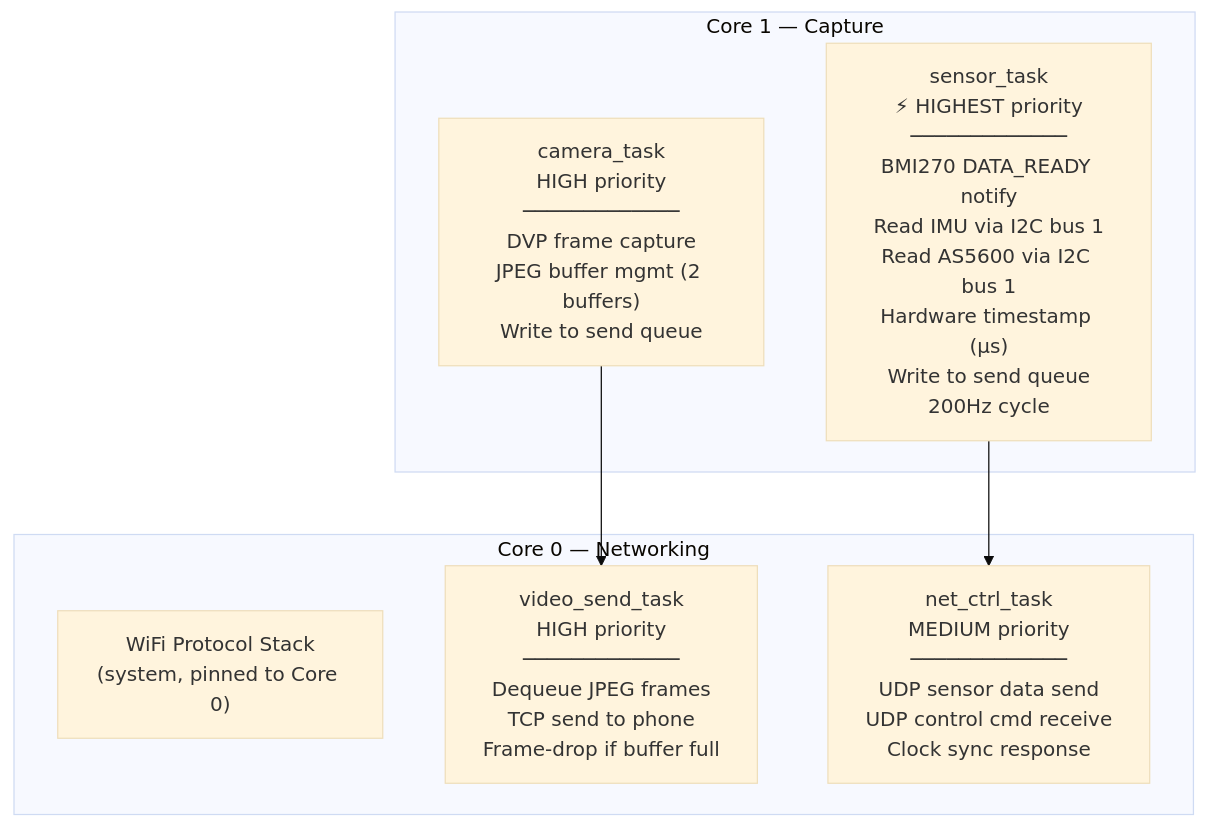
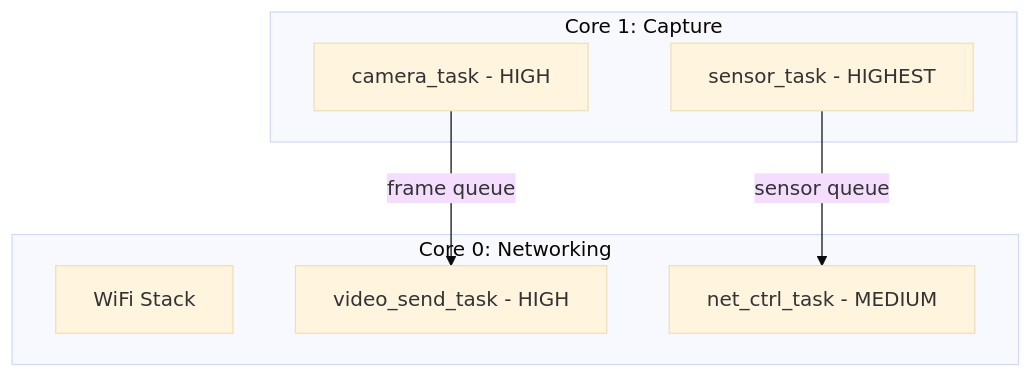
One commit to Auromix/OpenUMI changed the first of 3 diagrams in docs/design/03-firmware-design.md. Above: the diagram before and after it, drawn with Mermaid (base theme). The commit also changed other lines of this file and 7 other files, not shown here.

First line of the commit message:
Fix Mermaid diagrams for GitHub rendering compatibility

````diff
--- a/docs/design/03-firmware-design.md
+++ b/docs/design/03-firmware-design.md
@@ -38,16 +38,16 @@
 ```mermaid
 graph TB
-    subgraph Core0["Core 0 — Networking"]
-        WIFI["WiFi Protocol Stack<br/>(system, pinned to Core 0)"]
-        VID["video_send_task<br/>HIGH priority<br/>─────────────<br/>Dequeue JPEG frames<br/>TCP send to phone<br/>Frame-drop if buffer full"]
-        NET["net_ctrl_task<br/>MEDIUM priority<br/>─────────────<br/>UDP sensor data send<br/>UDP control cmd receive<br/>Clock sync response"]
+    subgraph Core0["Core 0: Networking"]
+        WIFI["WiFi Stack"]
+        VID["video_send_task - HIGH"]
+        NET["net_ctrl_task - MEDIUM"]
     end
 
-    subgraph Core1["Core 1 — Capture"]
-        SENSOR["sensor_task<br/>⚡ HIGHEST priority<br/>─────────────<br/>BMI270 DATA_READY notify<br/>Read IMU via I2C bus 1<br/>Read AS5600 via I2C bus 1<br/>Hardware timestamp (μs)<br/>Write to send queue<br/>200Hz cycle"]
-        CAM["camera_task<br/>HIGH priority<br/>─────────────<br/>DVP frame capture<br/>JPEG buffer mgmt (2 buffers)<br/>Write to send queue"]
+    subgraph Core1["Core 1: Capture"]
+        SENSOR["sensor_task - HIGHEST"]
+        CAM["camera_task - HIGH"]
     end
 
-    SENSOR --> NET
-    CAM --> VID
+    SENSOR -- "sensor queue" --> NET
+    CAM -- "frame queue" --> VID
 ```
````
